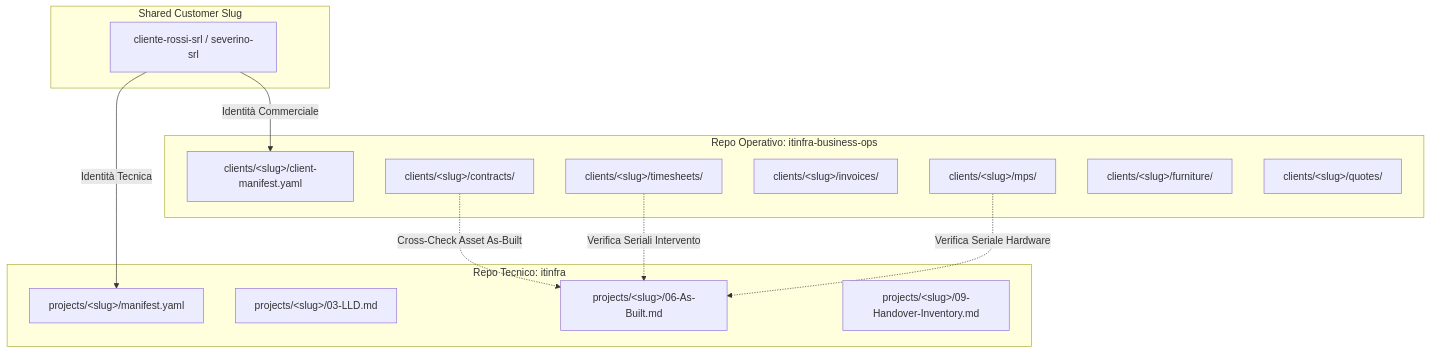
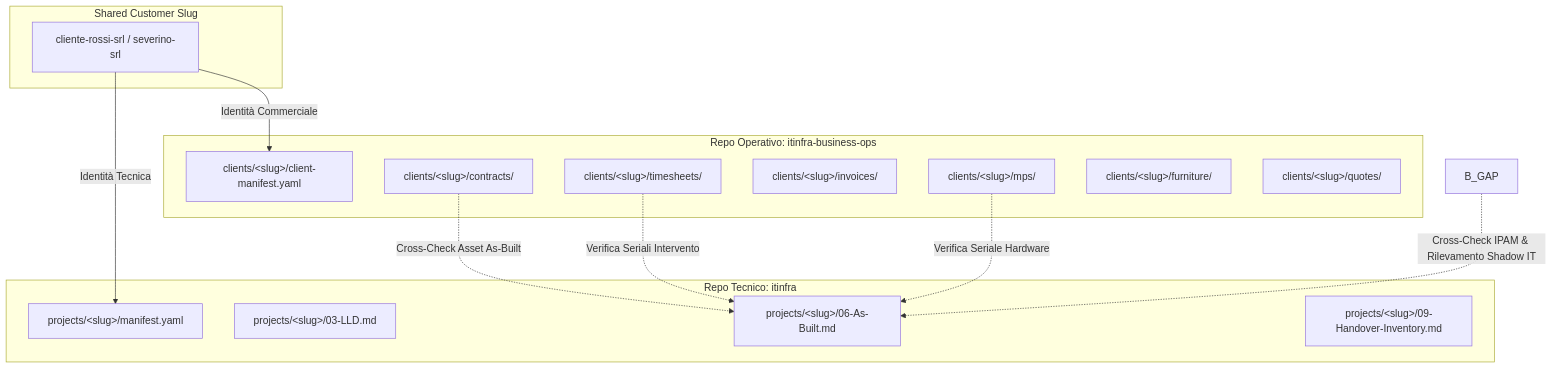
Before and after one commit to matrixNeo76/itinfra-business-ops: the first of 4 diagrams in docs/ARCHITECTURE.md, drawn with Mermaid. The commit also changed 11 other files, not shown here.

Commit message:
docs: add OKF v0.2 docs for pipelines H/I/J, SPEC-18/19, and update pipeline index and architecture

````diff
--- a/docs/ARCHITECTURE.md
+++ b/docs/ARCHITECTURE.md
@@ -8,29 +8,30 @@
 ```mermaid
 flowchart TD
     subgraph S_SLUG ["Shared Customer Slug"]
         SLUG["cliente-rossi-srl / severino-srl"]
     end
 
     subgraph TECH ["Repo Tecnico: itinfra"]
         T_MAN["projects/&lt;slug&gt;/manifest.yaml"]
         T_LLD["projects/&lt;slug&gt;/03-LLD.md"]
         T_ASB["projects/&lt;slug&gt;/06-As-Built.md"]
         T_INV["projects/&lt;slug&gt;/09-Handover-Inventory.md"]
     end
 
     subgraph BIZ ["Repo Operativo: itinfra-business-ops"]
         B_MAN["clients/&lt;slug&gt;/client-manifest.yaml"]
         B_CTR["clients/&lt;slug&gt;/contracts/"]
         B_RAP["clients/&lt;slug&gt;/timesheets/"]
         B_INV["clients/&lt;slug&gt;/invoices/"]
         B_MPS["clients/&lt;slug&gt;/mps/"]
         B_ARR["clients/&lt;slug&gt;/furniture/"]
         B_QUO["clients/&lt;slug&gt;/quotes/"]
     end
 
     SLUG -->|"Identità Tecnica"| T_MAN
     SLUG -->|"Identità Commerciale"| B_MAN
     B_CTR -.->|"Cross-Check Asset As-Built"| T_ASB
     B_RAP -.->|"Verifica Seriali Intervento"| T_ASB
     B_MPS -.->|"Verifica Seriale Hardware"| T_ASB
+    B_GAP -.->|"Cross-Check IPAM & Rilevamento Shadow IT"| T_ASB
 ```
````
